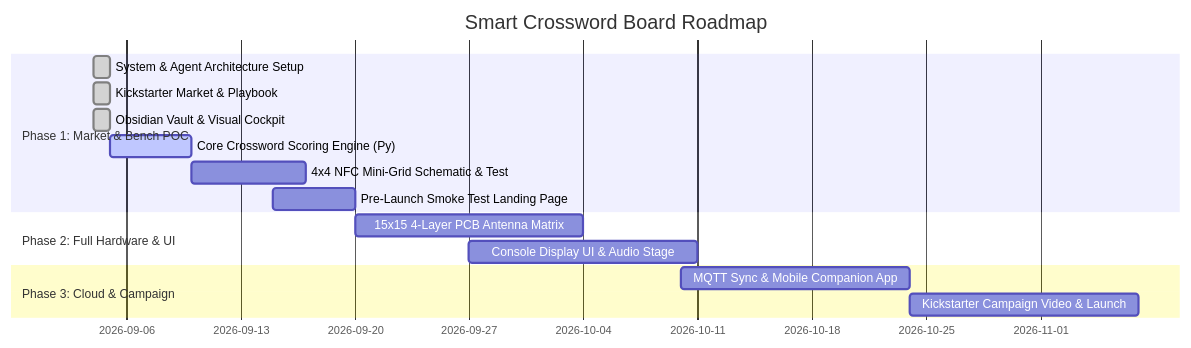
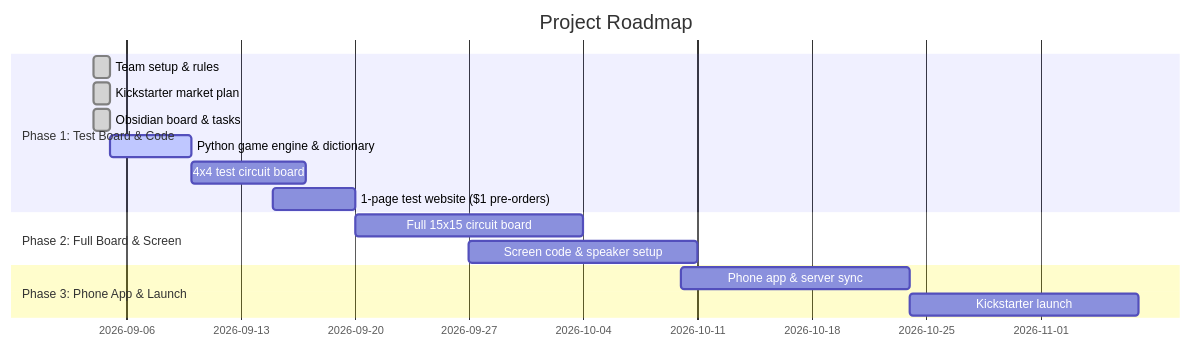
Before and after one commit to robindelis/Smart-Crossword-: the diagram in PROJECT_STATE.md, drawn with Mermaid. The commit also changed other lines of this file and 11 other files, not shown here.

````diff
--- a/PROJECT_STATE.md
+++ b/PROJECT_STATE.md
@@ -10,18 +10,18 @@
 ```mermaid
 gantt
-    title Smart Crossword Board Roadmap
+    title Project Roadmap
     dateFormat  YYYY-MM-DD
-    section Phase 1: Market & Bench POC
-    System & Agent Architecture Setup    :done, p1, 2026-09-04, 1d
-    Kickstarter Market & Playbook        :done, p2, 2026-09-04, 1d
-    Obsidian Vault & Visual Cockpit      :done, p2b, 2026-09-04, 1d
-    Core Crossword Scoring Engine (Py)   :active, p3, 2026-09-05, 5d
-    4x4 NFC Mini-Grid Schematic & Test   :p4, 2026-09-10, 7d
-    Pre-Launch Smoke Test Landing Page   :p5, 2026-09-15, 5d
-    section Phase 2: Full Hardware & UI
-    15x15 4-Layer PCB Antenna Matrix     :p6, 2026-09-20, 14d
-    Console Display UI & Audio Stage     :p7, 2026-09-27, 14d
-    section Phase 3: Cloud & Campaign
-    MQTT Sync & Mobile Companion App     :p8, 2026-10-10, 14d
-    Kickstarter Campaign Video & Launch  :p9, 2026-10-24, 14d
+    section Phase 1: Test Board & Code
+    Team setup & rules                   :done, p1, 2026-09-04, 1d
+    Kickstarter market plan              :done, p2, 2026-09-04, 1d
+    Obsidian board & tasks               :done, p2b, 2026-09-04, 1d
+    Python game engine & dictionary      :active, p3, 2026-09-05, 5d
+    4x4 test circuit board               :p4, 2026-09-10, 7d
+    1-page test website ($1 pre-orders)  :p5, 2026-09-15, 5d
+    section Phase 2: Full Board & Screen
+    Full 15x15 circuit board             :p6, 2026-09-20, 14d
+    Screen code & speaker setup          :p7, 2026-09-27, 14d
+    section Phase 3: Phone App & Launch
+    Phone app & server sync              :p8, 2026-10-10, 14d
+    Kickstarter launch                   :p9, 2026-10-24, 14d
 ```
````
